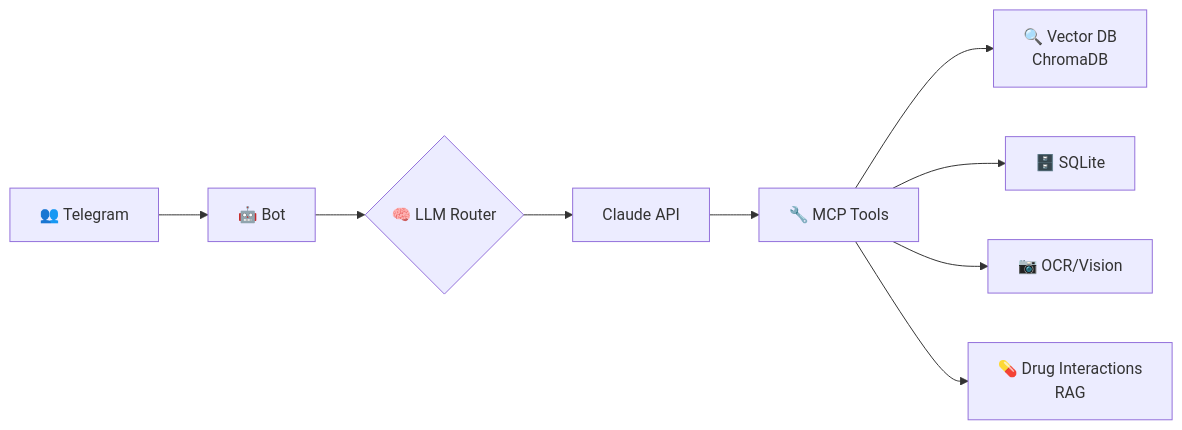
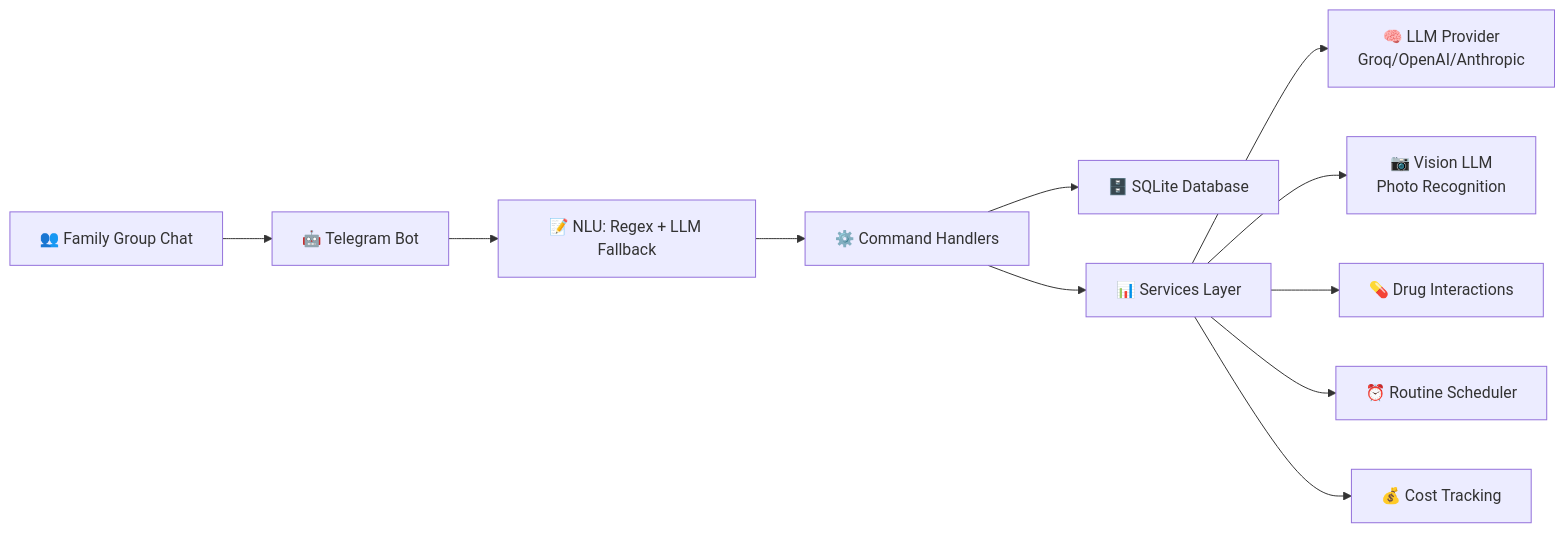
One commit to Ahnaf19/medi-cabinet changed the second of 2 diagrams in README.md. Above: the diagram before and after it, drawn with Mermaid. The commit also changed other lines of this file and 1 other file, not shown here.

First line of the commit message:
Update README and ARCHITECTURE docs for Phases 2-5

````diff
--- a/README.md
+++ b/README.md
@@ -41,11 +41,13 @@
 ```mermaid
 graph LR
-    A[👥 Telegram] --> B[🤖 Bot]
-    B --> C{🧠 LLM Router}
-    C --> D[Claude API]
-    D --> E[🔧 MCP Tools]
-    E --> F[🔍 Vector DB<br/>ChromaDB]
-    E --> G[🗄️ SQLite]
-    E --> H[📷 OCR/Vision]
-    E --> I[💊 Drug Interactions<br/>RAG]
+    A[👥 Family Group Chat] --> B[🤖 Telegram Bot]
+    B --> C[📝 NLU: Regex + LLM Fallback]
+    C --> D[⚙️ Command Handlers]
+    D --> E[🗄️ SQLite Database]
+    D --> F[📊 Services Layer]
+    F --> G[🧠 LLM Provider<br/>Groq/OpenAI/Anthropic]
+    F --> H[📷 Vision LLM<br/>Photo Recognition]
+    F --> I[💊 Drug Interactions]
+    F --> J[⏰ Routine Scheduler]
+    F --> K[💰 Cost Tracking]
 ```
````
